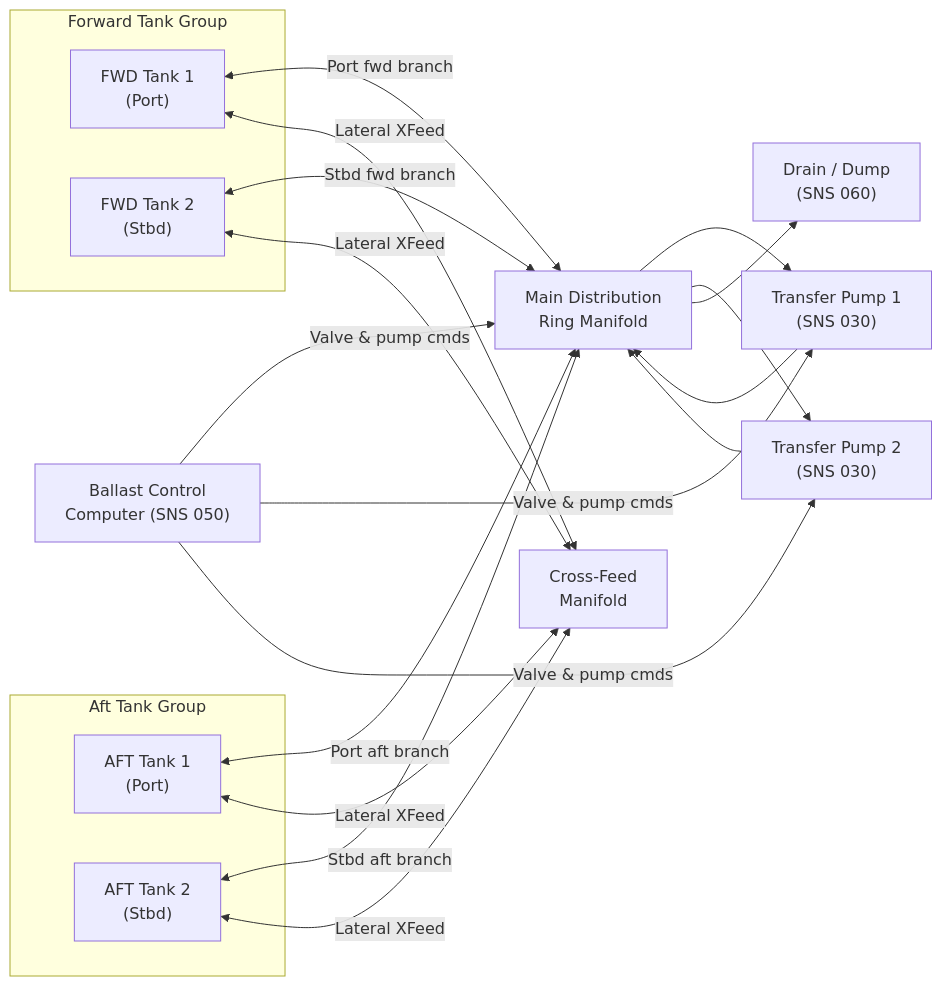
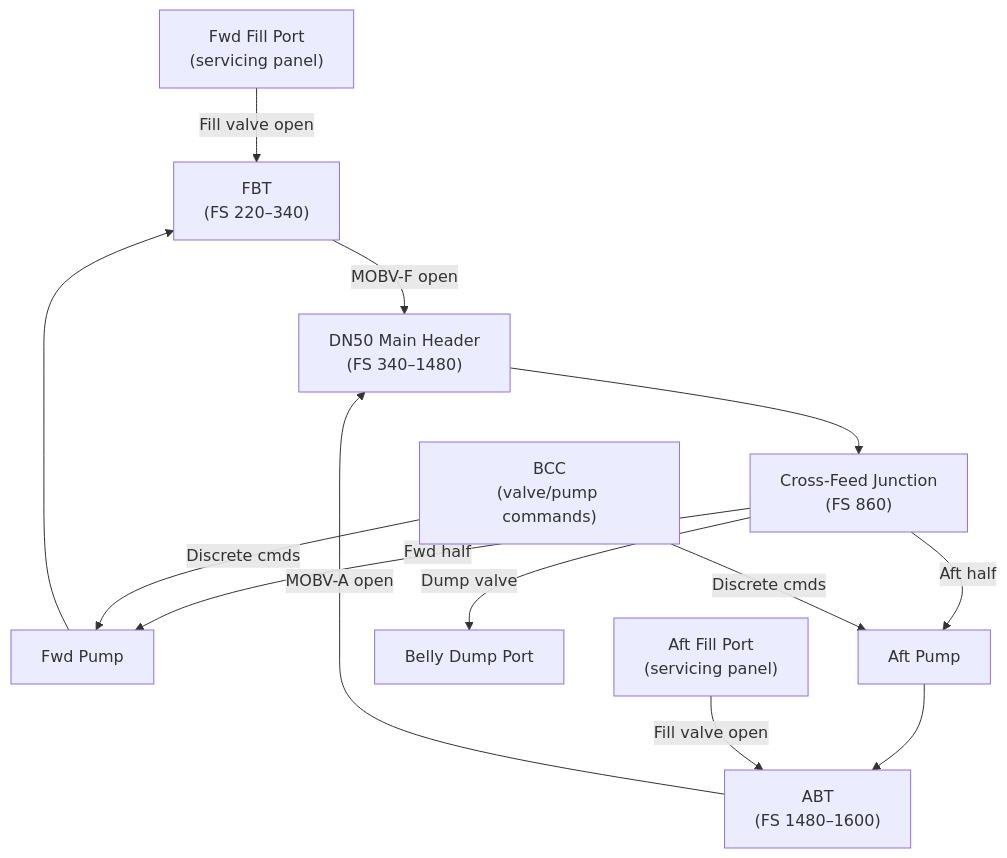
The first of 3 diagrams in Q+ATLANTIDE/000-099_ATLAS/040-049_Avionica-Informacion-y-APU/041_Water-Ballast/041-020-Water-Ballast-Distribution-and-Transfer.md (AmedeoPelliccia/Qplus-For-All-Queer-People-and-Quantum), drawn with Mermaid before and after one commit. The commit also changed other lines of this file and 9 other files, not shown here.

````diff
--- a/Q+ATLANTIDE/000-099_ATLAS/040-049_Avionica-Informacion-y-APU/041_Water-Ballast/041-020-Water-Ballast-Distribution-and-Transfer.md
+++ b/Q+ATLANTIDE/000-099_ATLAS/040-049_Avionica-Informacion-y-APU/041_Water-Ballast/041-020-Water-Ballast-Distribution-and-Transfer.md
@@ -70,36 +118,31 @@
 ```mermaid
-flowchart LR
-    subgraph FWD_GROUP["Forward Tank Group"]
-        FT1["FWD Tank 1\n(Port)"]
-        FT2["FWD Tank 2\n(Stbd)"]
-    end
+graph TB
+    FBT["FBT
+(FS 220–340)"]
+    ABT["ABT
+(FS 1480–1600)"]
+    HDR["DN50 Main Header
+(FS 340–1480)"]
+    XFD["Cross-Feed Junction
+(FS 860)"]
+    PUMP_F["Fwd Pump"]
+    PUMP_A["Aft Pump"]
+    DUMP["Belly Dump Port"]
+    FILL_F["Fwd Fill Port
+(servicing panel)"]
+    FILL_A["Aft Fill Port
+(servicing panel)"]
+    BCC["BCC
+(valve/pump commands)"]
 
-    subgraph AFT_GROUP["Aft Tank Group"]
-        AT1["AFT Tank 1\n(Port)"]
-        AT2["AFT Tank 2\n(Stbd)"]
-    end
-
-    MAIN["Main Distribution\nRing Manifold"]
-    XFEED["Cross-Feed\nManifold"]
-    P1["Transfer Pump 1\n(SNS 030)"]
-    P2["Transfer Pump 2\n(SNS 030)"]
-    BCC["Ballast Control\nComputer (SNS 050)"]
-    DRAIN["Drain / Dump\n(SNS 060)"]
-
-    FT1 <-->|Port fwd branch| MAIN
-    FT2 <-->|Stbd fwd branch| MAIN
-    AT1 <-->|Port aft branch| MAIN
-    AT2 <-->|Stbd aft branch| MAIN
-    FT1 <-->|Lateral XFeed| XFEED
-    FT2 <-->|Lateral XFeed| XFEED
-    AT1 <-->|Lateral XFeed| XFEED
-    AT2 <-->|Lateral XFeed| XFEED
-    MAIN --> P1
-    MAIN --> P2
-    P1 --> MAIN
-    P2 --> MAIN
-    MAIN --> DRAIN
-    BCC -->|Valve & pump cmds| MAIN
-    BCC -->|Valve & pump cmds| P1
-    BCC -->|Valve & pump cmds| P2
+    FBT -->|MOBV-F open| HDR
+    ABT -->|MOBV-A open| HDR
+    HDR --> XFD
+    XFD -->|Fwd half| PUMP_F --> FBT
+    XFD -->|Aft half| PUMP_A --> ABT
+    XFD -->|Dump valve| DUMP
+    FILL_F -->|Fill valve open| FBT
+    FILL_A -->|Fill valve open| ABT
+    BCC -->|Discrete cmds| PUMP_F
+    BCC -->|Discrete cmds| PUMP_A
 ```
````
